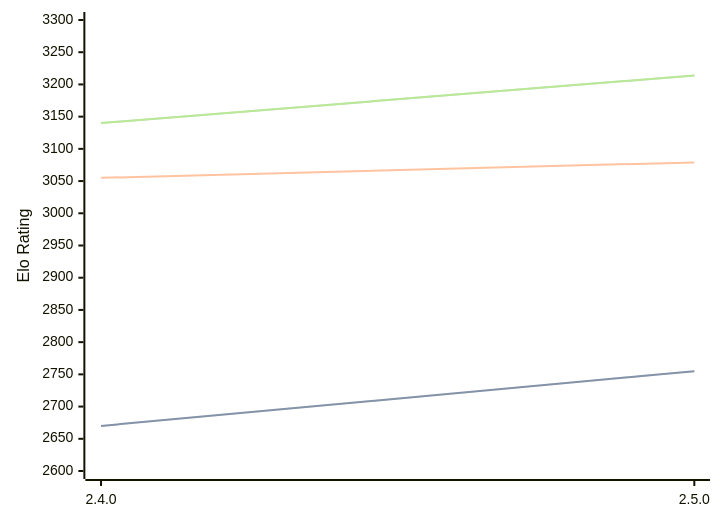
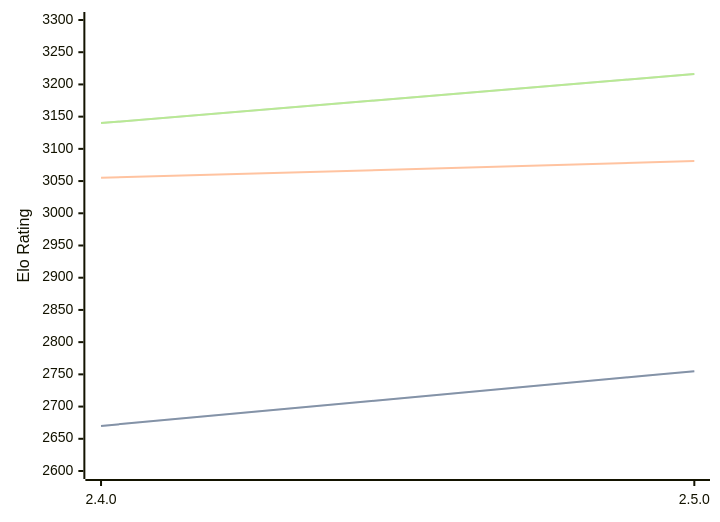
The diagram in engines/Sturddle2.md (computer-chess-index/cci), drawn with Mermaid before and after one commit. The commit also changed other lines of this file, not shown here.

Commit message:
Update CCI Ratings (ELO VLTC) - 2026-05-13

````diff
--- a/engines/Sturddle2.md
+++ b/engines/Sturddle2.md
@@ -37,11 +37,11 @@
 ```mermaid
 %%{init: {"theme":"base","themeVariables":{"seriesColors:['#a3a3a3','#222221','#faa371']}}}%%
 xychart-beta
   x-axis ["2.4.0", "2.5.0"]
   y-axis "Elo Rating" 2600 --> 3300
   line "STC (8.0+0.08s)" [2670, 2755]
   line "STC (8.0+0.08s)" [2670, 2755]
-  line "LTC (60.0+0.60s)" [3055, 3079]
-  line "VLTC (2m24s+1.12s)" [3140, 3214]
-  line "VLTC (2m24s+1.12s)" [3140, 3214]
+  line "LTC (60.0+0.60s)" [3055, 3081]
+  line "VLTC (2m24s+1.12s)" [3140, 3216]
+  line "VLTC (2m24s+1.12s)" [3140, 3216]
 ```
````
